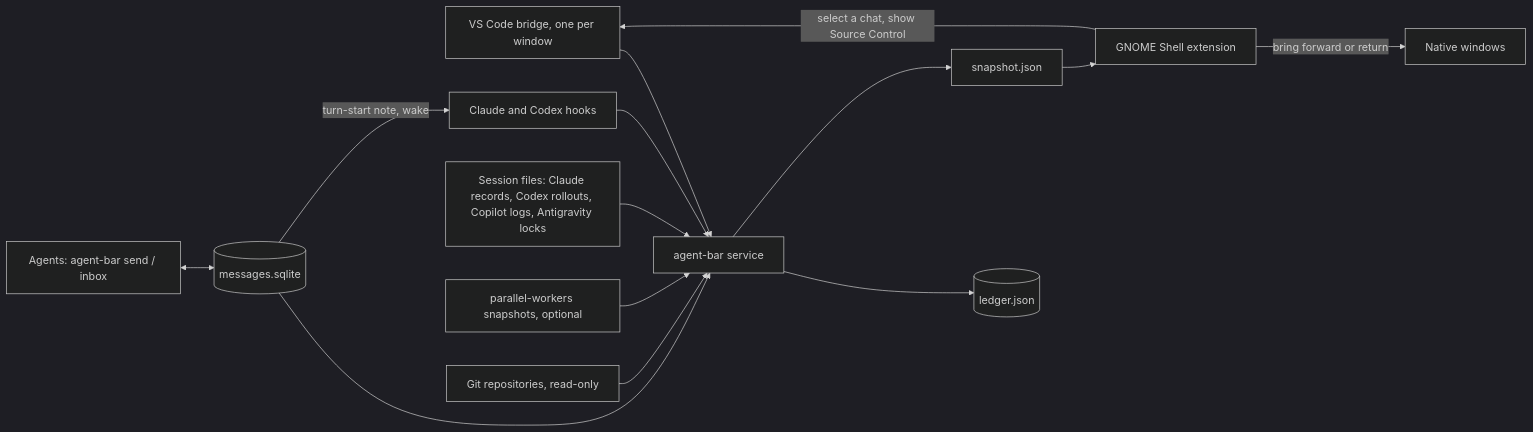
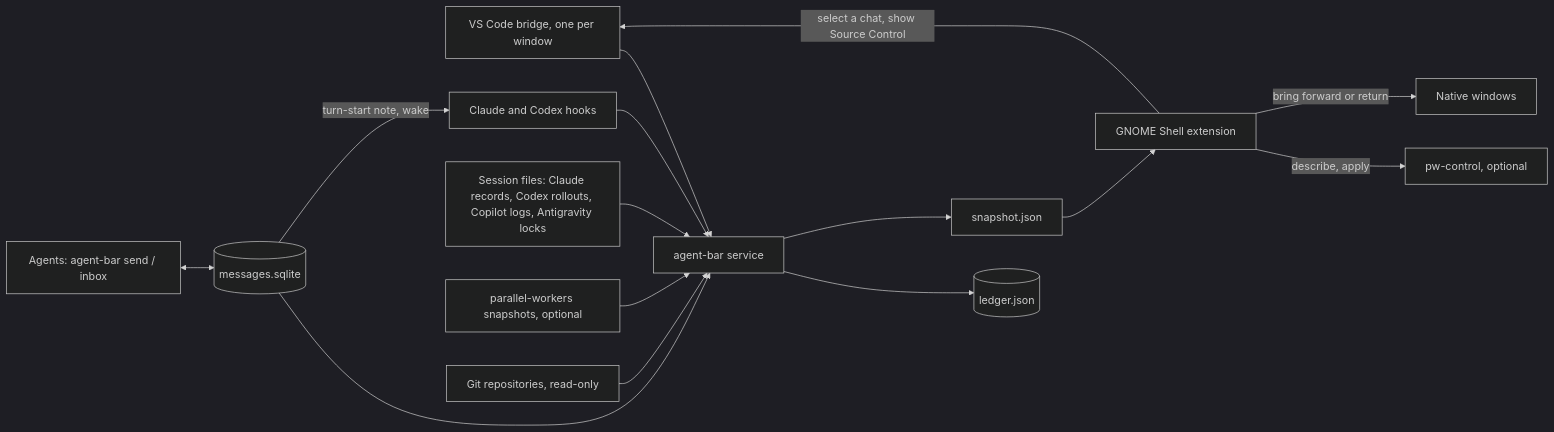
One commit to NikVetr/agent-bar changed the diagram in docs/architecture.md. Above: the diagram before and after it, drawn with Mermaid (dark theme). The commit also changed other lines of this file and 4 other files, not shown here.

````diff
--- a/docs/architecture.md
+++ b/docs/architecture.md
@@ -8,16 +8,17 @@
 ```mermaid
 flowchart LR
     V[VS Code bridge, one per window] --> S[agent-bar service]
     H[Claude and Codex hooks] --> S
     F[Session files: Claude records, Codex rollouts, Copilot logs, Antigravity locks] --> S
     Q[parallel-workers snapshots, optional] --> S
+    G -->|describe, apply| C[pw-control, optional]
     R[Git repositories, read-only] --> S
     S --> L[(ledger.json)]
     S --> P[snapshot.json]
     P --> G[GNOME Shell extension]
     G -->|select a chat, show Source Control| V
     G -->|bring forward or return| W[Native windows]
     A[Agents: agent-bar send / inbox] <--> M[(messages.sqlite)]
     M --> S
     M -->|turn-start note, wake| H
 ```
````
